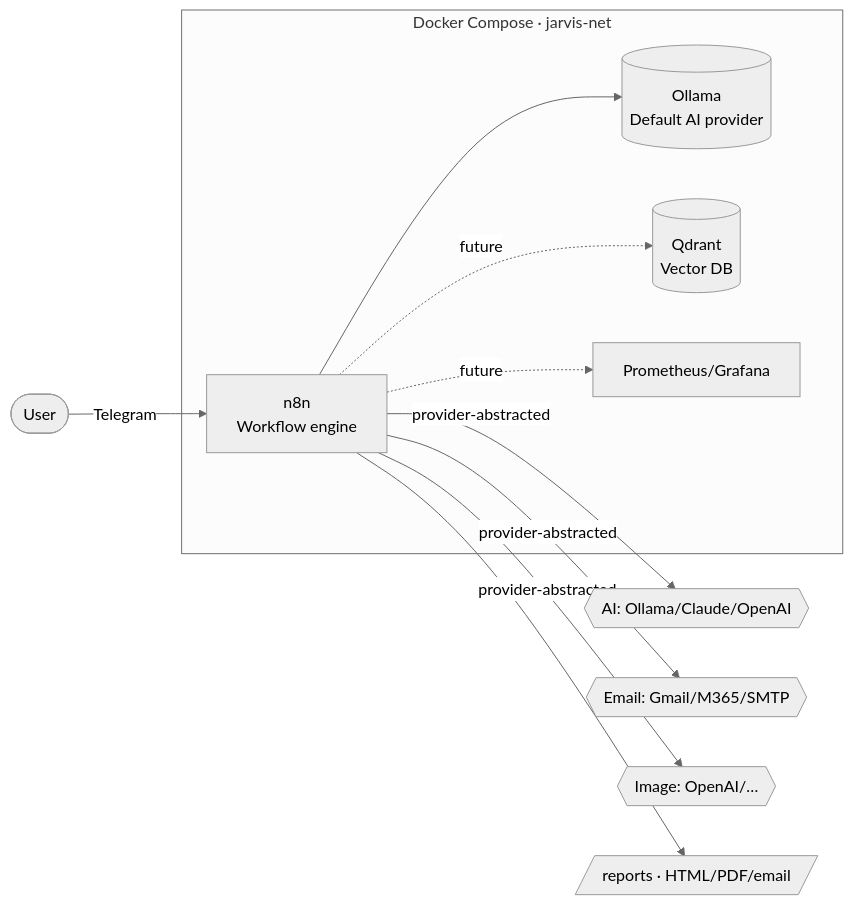
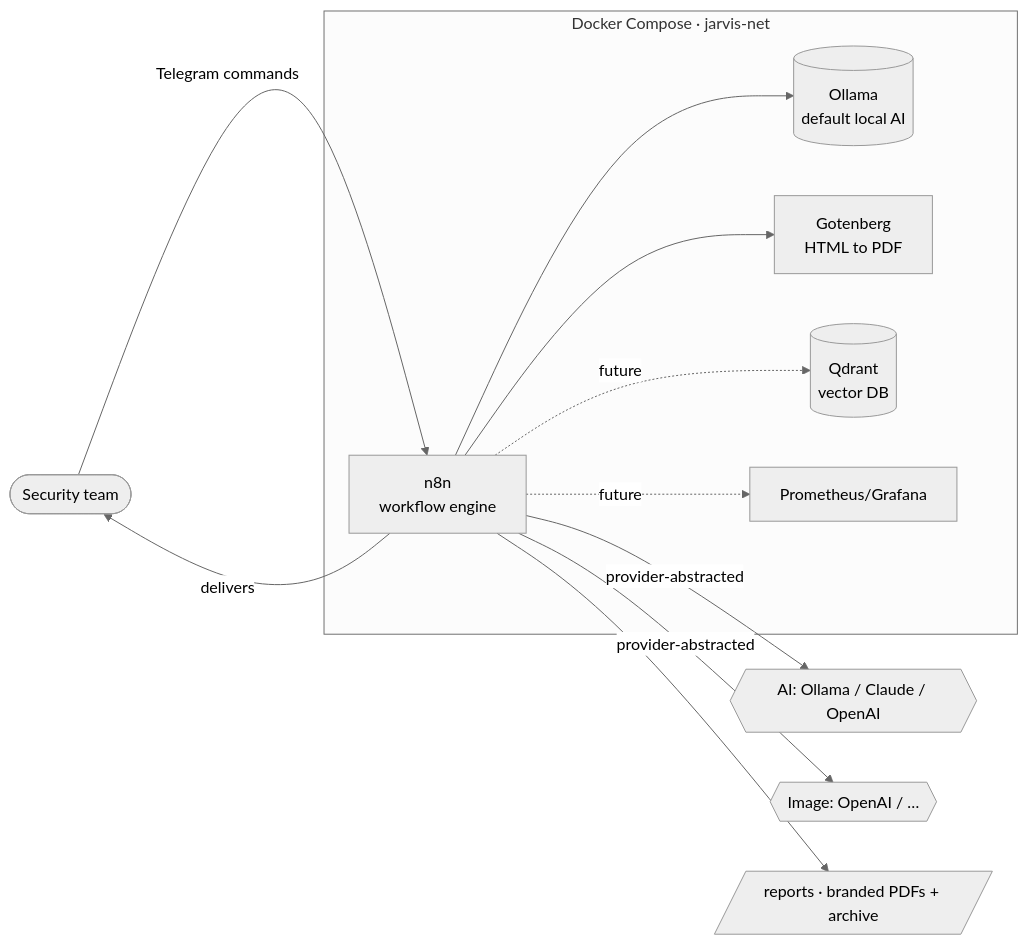
The diagram in README.md (Peakapot/Jarvis-ai), drawn with Mermaid (neutral theme) before and after one commit. The commit also changed other lines of this file and 4 other files, not shown here.

````diff
--- a/README.md
+++ b/README.md
@@ -37,13 +113,14 @@
 ```mermaid
 flowchart LR
-  user([User]) -- Telegram --> n8n
+  user([Security team]) -- Telegram commands --> n8n
   subgraph Docker[Docker Compose · jarvis-net]
-    n8n[n8n\nWorkflow engine] --> ollama[(Ollama\nDefault AI provider)]
-    n8n -. future .-> qdrant[(Qdrant\nVector DB)]
+    n8n[n8n\nworkflow engine] --> ollama[(Ollama\ndefault local AI)]
+    n8n --> gotenberg[Gotenberg\nHTML to PDF]
+    n8n -. future .-> qdrant[(Qdrant\nvector DB)]
     n8n -. future .-> monitoring[Prometheus/Grafana]
   end
-  n8n -- provider-abstracted --> ai{{AI: Ollama/Claude/OpenAI}}
-  n8n -- provider-abstracted --> email{{Email: Gmail/M365/SMTP}}
-  n8n -- provider-abstracted --> image{{Image: OpenAI/…}}
-  n8n --> reports[/reports · HTML/PDF/email/]
+  n8n -- provider-abstracted --> ai{{AI: Ollama / Claude / OpenAI}}
+  n8n -- provider-abstracted --> image{{Image: OpenAI / …}}
+  n8n --> out[/reports · branded PDFs + archive/]
+  n8n -- delivers --> user
 ```
````
